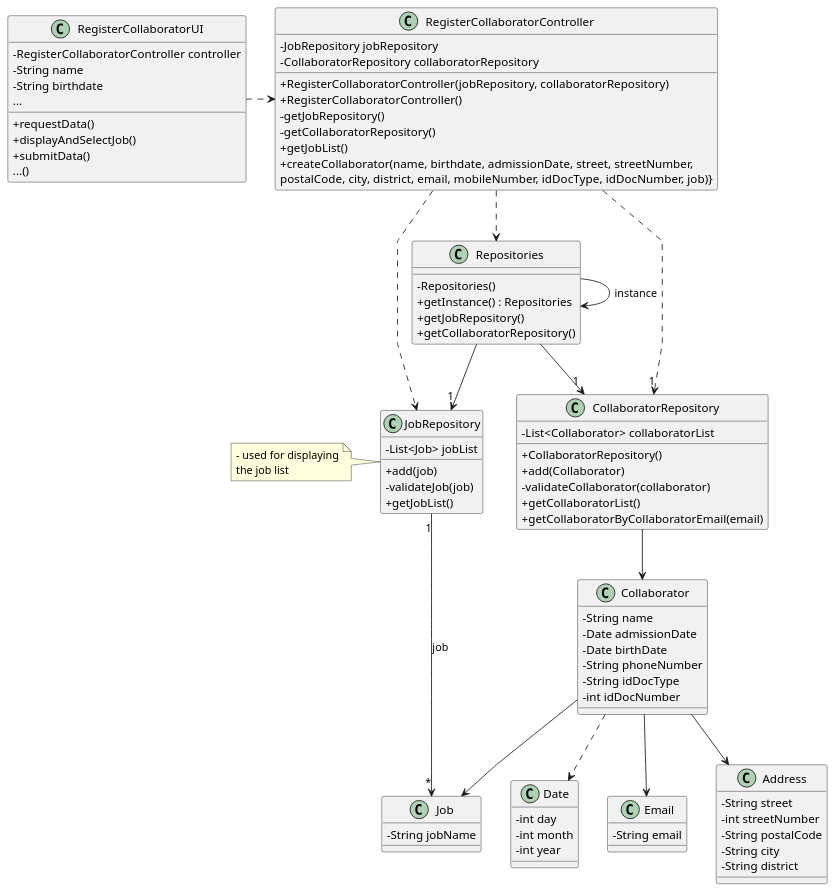
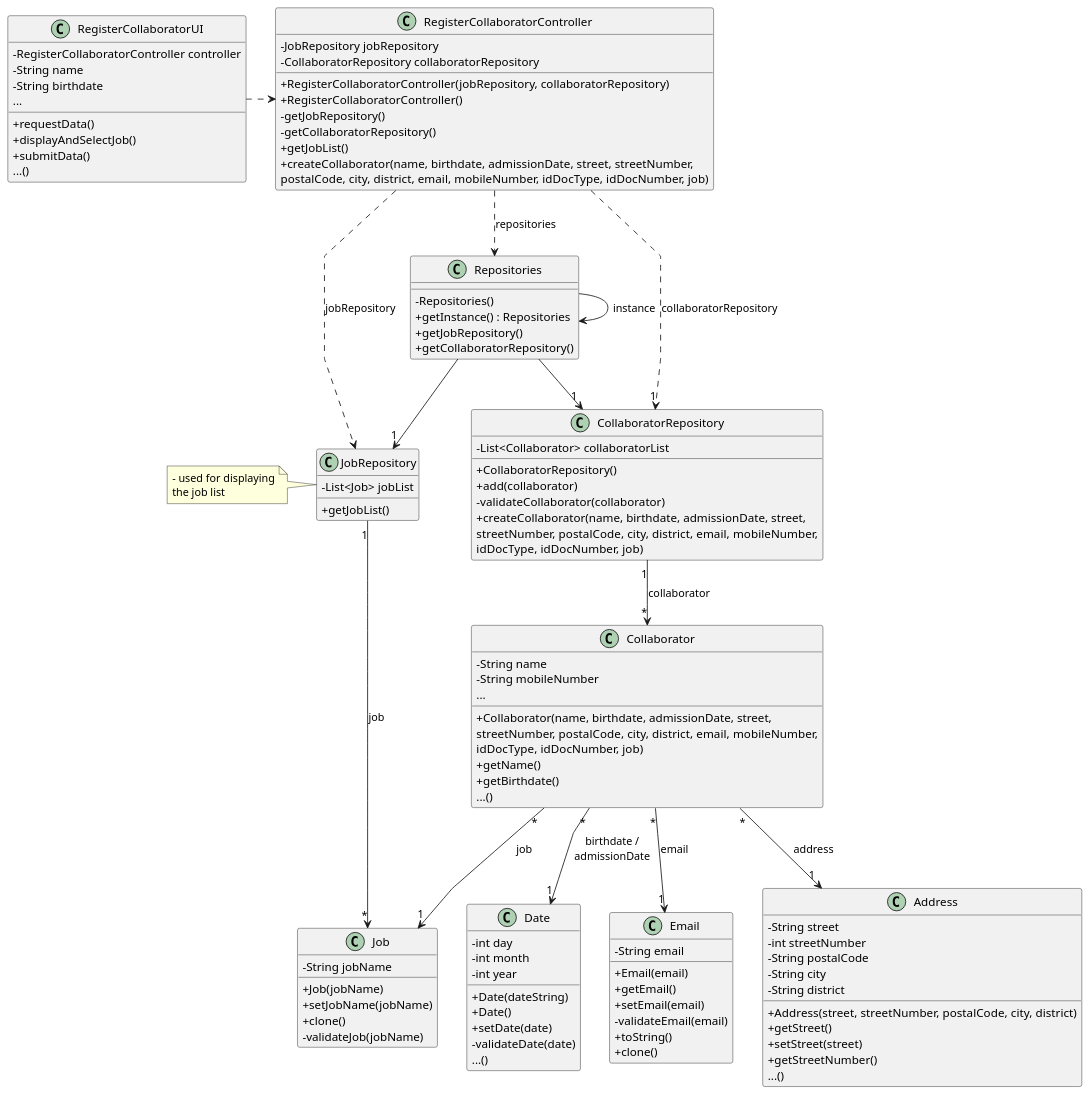
Before and after one commit to Rui-San/LAPR2_2023_2024: the diagram in docs/sprintB/us003/03.design/puml/us003-class-diagram.puml, drawn with PlantUML. The commit also changed 1 other file, not shown here.

Commit message:
US003: Class Diagram
updated Class Diagram for this US with new atributes and methods for each Class

```diff
--- a/docs/sprintB/us003/03.design/puml/us003-class-diagram.puml
+++ b/docs/sprintB/us003/03.design/puml/us003-class-diagram.puml
@@ -1,113 +1,137 @@
 @startuml
 'skinparam monochrome true
 skinparam packageStyle rectangle
 skinparam shadowing false
 skinparam linetype polyline
 'skinparam linetype orto
 
 skinparam classAttributeIconSize 0
 
 
 class Collaborator {
      - String name
-     - Date admissionDate
-     - Date birthDate
-     - String phoneNumber
-     - String idDocType
-     - int idDocNumber
+     - String mobileNumber
+     ...
+
+     + Collaborator(name, birthdate, admissionDate, street,\nstreetNumber, postalCode, city, district, email, mobileNumber,\nidDocType, idDocNumber, job)
+     + getName()
+     + getBirthdate()
+     ...()
+
 }
 
 class Job {
     - String jobName
+
+    + Job(jobName)
+    + setJobName(jobName)
+    + clone()
+    - validateJob(jobName)
+
 }
 
 class Date {
     - int day
     - int month
     - int year
+
+    + Date(dateString)
+    + Date()
+    + setDate(date)
+    - validateDate(date)
+    ...()
 }
 
 class CollaboratorRepository{
     - List<Collaborator> collaboratorList
 
     + CollaboratorRepository()
-    + add(Collaborator)
+    + add(collaborator)
     - validateCollaborator(collaborator)
-    + getCollaboratorList()
-    + getCollaboratorByCollaboratorEmail(email)
+    + createCollaborator(name, birthdate, admissionDate, street,\nstreetNumber, postalCode, city, district, email, mobileNumber,\nidDocType, idDocNumber, job)
 }
 
 class JobRepository {
     - List<Job> jobList
 
-    + add(job)
-    - validateJob(job)
     + getJobList()
 }
 
 class Repositories {
     - Repositories()
     + getInstance() : Repositories
     + getJobRepository()
     + getCollaboratorRepository()
 }
 
 note left of JobRepository
     - used for displaying
     the job list
 end note
 
 class RegisterCollaboratorController {
     - JobRepository jobRepository
     - CollaboratorRepository collaboratorRepository
 
     + RegisterCollaboratorController(jobRepository, collaboratorRepository)
     + RegisterCollaboratorController()
     - getJobRepository()
     - getCollaboratorRepository()
     + getJobList()
-    + createCollaborator(name, birthdate, admissionDate, street, streetNumber,\npostalCode, city, district, email, mobileNumber, idDocType, idDocNumber, job)}
+    + createCollaborator(name, birthdate, admissionDate, street, streetNumber,\npostalCode, city, district, email, mobileNumber, idDocType, idDocNumber, job)
 
 }
 
 class RegisterCollaboratorUI {
     - RegisterCollaboratorController controller
     - String name
     - String birthdate
     ...
 
     + requestData()
     + displayAndSelectJob()
     + submitData()
     ...()
 }
 
 class Email{
     - String email
+
+    + Email(email)
+    + getEmail()
+    + setEmail(email)
+    - validateEmail(email)
+    + toString()
+    + clone()
 }
 
 class Address{
     - String street
     - int streetNumber
     - String postalCode
     - String city
     - String district
 
+    + Address(street, streetNumber, postalCode, city, district)
+    + getStreet()
+    + setStreet(street)
+    + getStreetNumber()
+    ...()
 }
 
 RegisterCollaboratorUI .right.> RegisterCollaboratorController
-RegisterCollaboratorController ..> "1" CollaboratorRepository
-CollaboratorRepository -down-> Collaborator
-RegisterCollaboratorController ..> JobRepository
+RegisterCollaboratorController ..> "1" CollaboratorRepository : collaboratorRepository
+CollaboratorRepository "1"-down-> "*" Collaborator : collaborator
+RegisterCollaboratorController ..> JobRepository : jobRepository
 JobRepository "1"-->"*" Job : job
-Collaborator --> Job
-Collaborator --> Email
-Collaborator --> Address
-Collaborator ..> Date
-RegisterCollaboratorController ..> Repositories
+Collaborator "*"--> "1"Job : job
+Collaborator "*" --> "1" Email : email
+Collaborator "*"--> "1"Address : address
+Collaborator "*" -->"1" Date : birthdate /\nadmissionDate
+RegisterCollaboratorController ..> Repositories : repositories
 Repositories --> "1" JobRepository
 Repositories --> "1" CollaboratorRepository
 Repositories -> Repositories : instance
 
 
 @enduml
```
